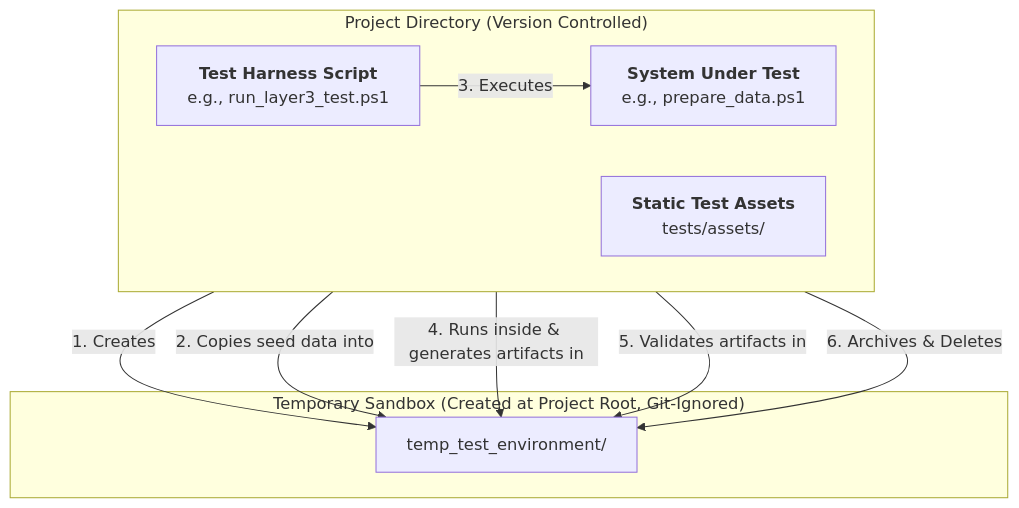
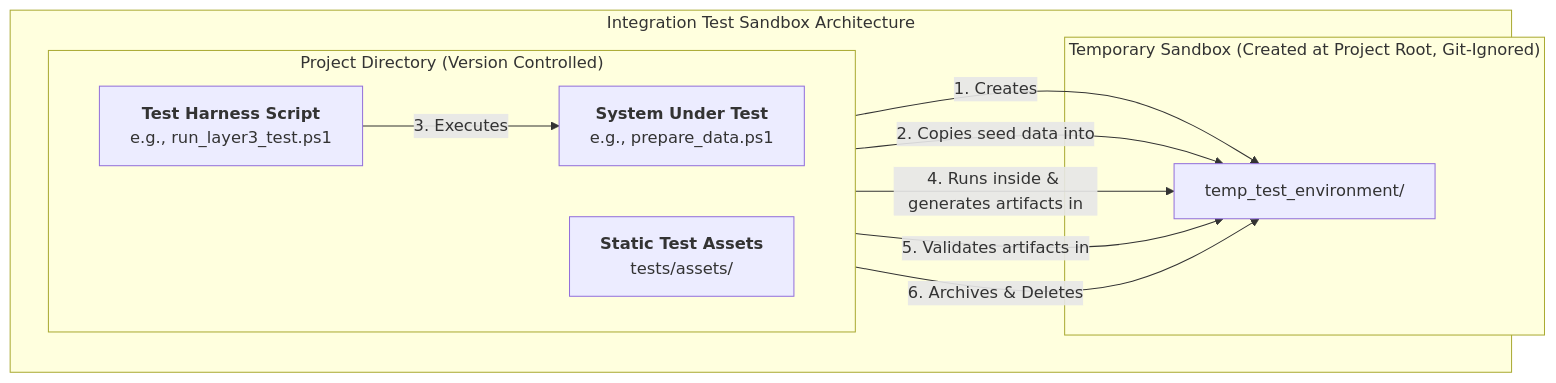
Before and after one commit to peterjmarko/llm-narrative-framework: the diagram in docs/diagrams/test_sandbox_architecture.mmd, drawn with Mermaid. The commit also changed 46 other files, not shown here.

```diff
--- a/docs/diagrams/test_sandbox_architecture.mmd
+++ b/docs/diagrams/test_sandbox_architecture.mmd
@@ -1,18 +1,20 @@
 graph TD
-    subgraph "Project Directory (Version Controlled)"
-        direction LR
-        Harness["<b>Test Harness Script</b><br>e.g., run_layer3_test.ps1"]
-        Assets["<b>Static Test Assets</b><br>tests/assets/"]
-        SUT["<b>System Under Test</b><br>e.g., prepare_data.ps1"]
+    subgraph "Integration Test Sandbox Architecture"
+        subgraph "Project Directory (Version Controlled)"
+            direction LR
+            Harness["<b>Test Harness Script</b><br>e.g., run_layer3_test.ps1"]
+            Assets["<b>Static Test Assets</b><br>tests/assets/"]
+            SUT["<b>System Under Test</b><br>e.g., prepare_data.ps1"]
+        end
+
+        subgraph "Temporary Sandbox (Created at Project Root, Git-Ignored)"
+            Sandbox["temp_test_environment/"]
+        end
+
+        Harness -- "1. Creates" --> Sandbox
+        Assets -- "2. Copies seed data into" --> Sandbox
+        Harness -- "3. Executes" --> SUT
+        SUT -- "4. Runs inside & generates artifacts in" --> Sandbox
+        Harness -- "5. Validates artifacts in" --> Sandbox
+        Harness -- "6. Archives & Deletes" --> Sandbox
     end
-
-    subgraph "Temporary Sandbox (Created at Project Root, Git-Ignored)"
-        Sandbox["temp_test_environment/"]
-    end
-
-    Harness -- "1. Creates" --> Sandbox
-    Assets -- "2. Copies seed data into" --> Sandbox
-    Harness -- "3. Executes" --> SUT
-    SUT -- "4. Runs inside & generates artifacts in" --> Sandbox
-    Harness -- "5. Validates artifacts in" --> Sandbox
-    Harness -- "6. Archives & Deletes" --> Sandbox
```
